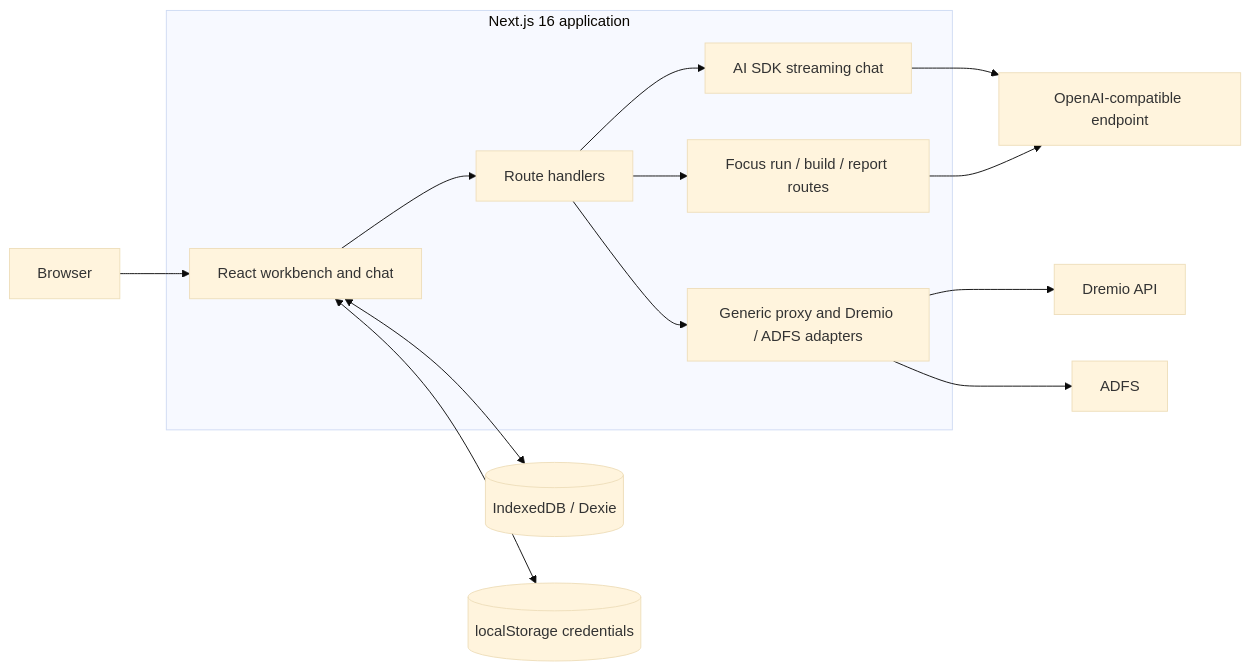
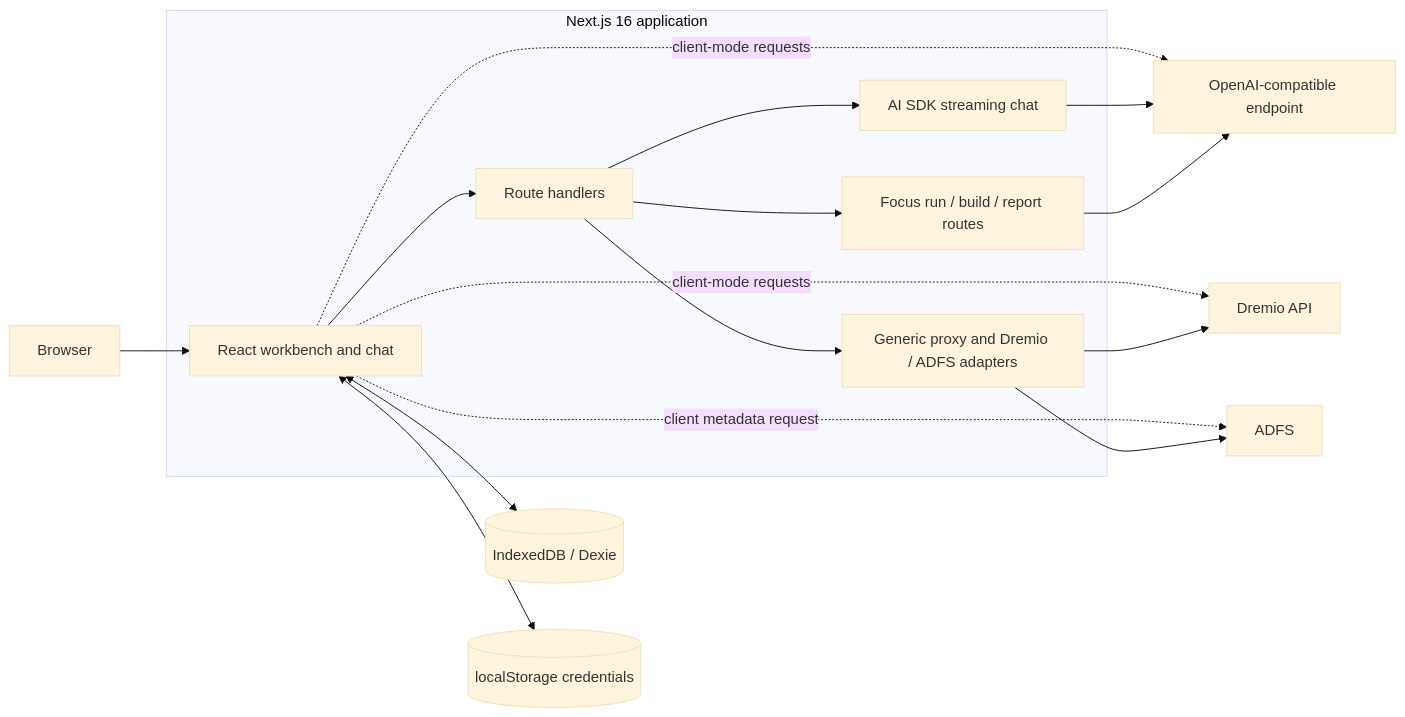
One commit to pybern/ep changed the first of 4 diagrams in docs/ARCHITECTURE.md. Above: the diagram before and after it, drawn with Mermaid (base theme). The commit also changed other lines of this file, not shown here.

Commit message:
docs: expand architecture risk assessment

````diff
--- a/docs/ARCHITECTURE.md
+++ b/docs/ARCHITECTURE.md
@@ -14,28 +14,31 @@
 ```mermaid
 flowchart LR
   U[Browser]
 
   subgraph Next[Next.js 16 application]
     UI[React workbench and chat]
     API[Route handlers]
     Chat[AI SDK streaming chat]
     Focus[Focus run / build / report routes]
     Proxy[Generic proxy and Dremio / ADFS adapters]
   end
 
   IDB[(IndexedDB / Dexie)]
   LS[(localStorage credentials)]
   D[Dremio API]
   L[OpenAI-compatible endpoint]
   A[ADFS]
 
   U --> UI
   UI <--> IDB
   UI <--> LS
   UI --> API
+  UI -. client-mode requests .-> D
+  UI -. client-mode requests .-> L
+  UI -. client metadata request .-> A
   API --> Chat --> L
   API --> Focus --> L
   API --> Proxy
   Proxy --> D
   Proxy --> A
 ```
````
